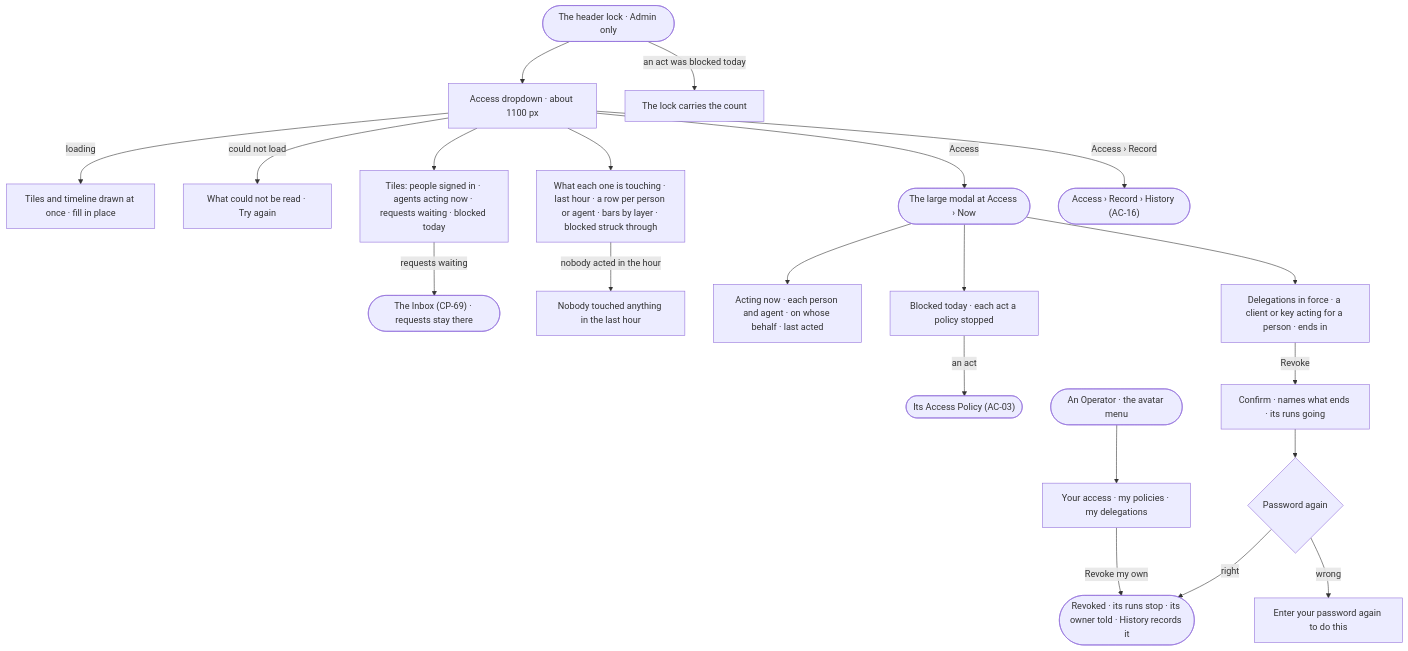
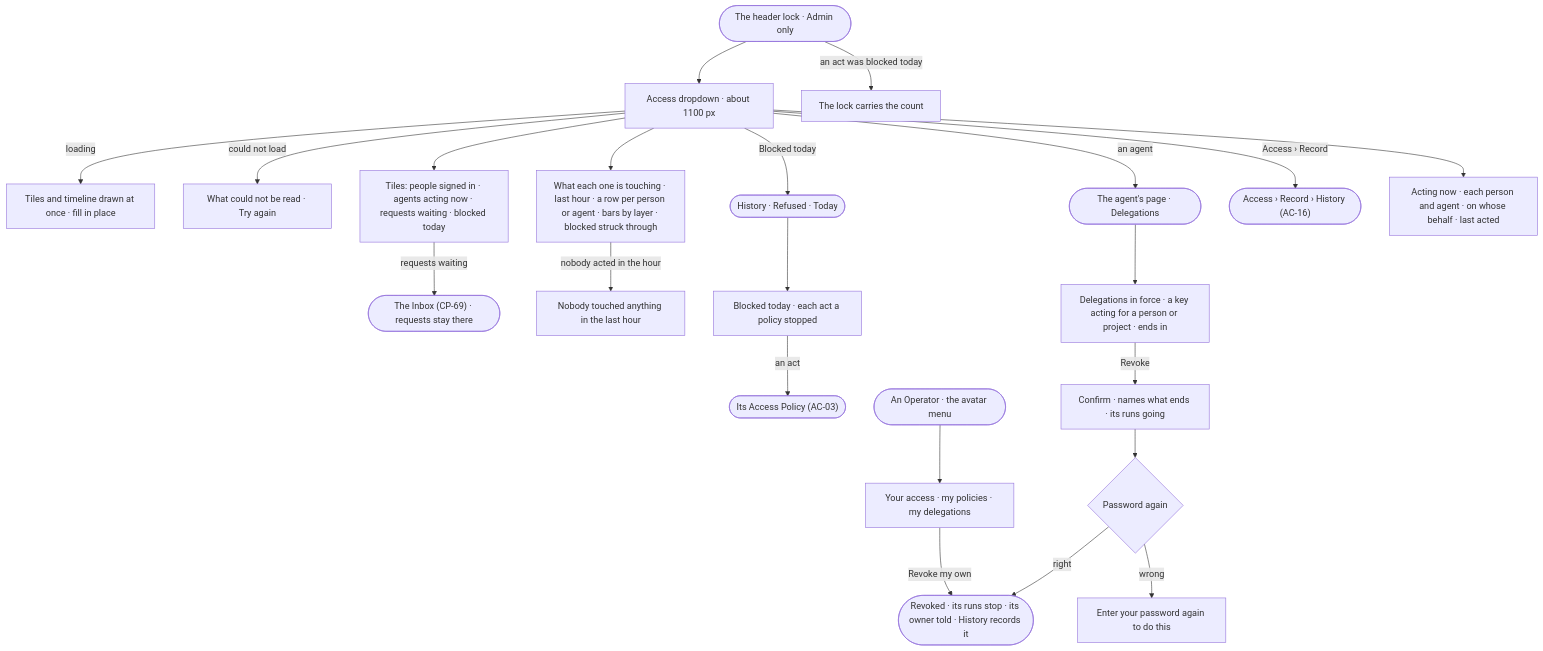
Before and after one commit to invana/invana: the diagram in specs/os/access/features/AC-F06-history/stories/AC-48-see-who-is-acting-and-what-was-blocked-from-the-header/story.md, drawn with Mermaid. The commit also changed other lines of this file and 7 other files, not shown here.

Commit message:
wip(platform-design-3): P02 · step 5 — Access Now moved, os sweep finished, index

````diff
--- a/specs/os/access/features/AC-F06-history/stories/AC-48-see-who-is-acting-and-what-was-blocked-from-the-header/story.md
+++ b/specs/os/access/features/AC-F06-history/stories/AC-48-see-who-is-acting-and-what-was-blocked-from-the-header/story.md
@@ -27,21 +26,22 @@
 ```mermaid
 flowchart TD
   h([The header lock · Admin only]) --> d["Access dropdown · about 1100 px"]
   h -->|an act was blocked today| cnt["The lock carries the count"]
   d -->|loading| ld["Tiles and timeline drawn at once · fill in place"]
   d -->|could not load| fl["What could not be read · Try again"]
   d --> t["Tiles: people signed in · agents acting now · requests waiting · blocked today"]
   t -->|requests waiting| ib(["The Inbox (CP-69) · requests stay there"])
   d --> sl["What each one is touching · last hour · a row per person or agent · bars by layer · blocked struck through"]
   sl -->|nobody acted in the hour| calm["Nobody touched anything in the last hour"]
-  d -->|Access| now(["The large modal at Access › Now"])
+  d -->|Blocked today| now(["History · Refused · Today"])
+  d -->|an agent| ag(["The agent's page · Delegations"])
   d -->|Access › Record| hi(["Access › Record › History (AC-16)"])
-  now --> an["Acting now · each person and agent · on whose behalf · last acted"]
+  d --> an["Acting now · each person and agent · on whose behalf · last acted"]
   now --> bl["Blocked today · each act a policy stopped"] -->|an act| pol(["Its Access Policy (AC-03)"])
-  now --> dl["Delegations in force · a client or key acting for a person · ends in"]
+  ag --> dl["Delegations in force · a key acting for a person or project · ends in"]
   dl -->|Revoke| cf["Confirm · names what ends · its runs going"] --> pw{"Password again"}
   pw -->|right| rv(["Revoked · its runs stop · its owner told · History records it"])
   pw -->|wrong| no["Enter your password again to do this"]
   o([An Operator · the avatar menu]) --> ya["Your access · my policies · my delegations"]
   ya -->|Revoke my own| rv
 ```
````
